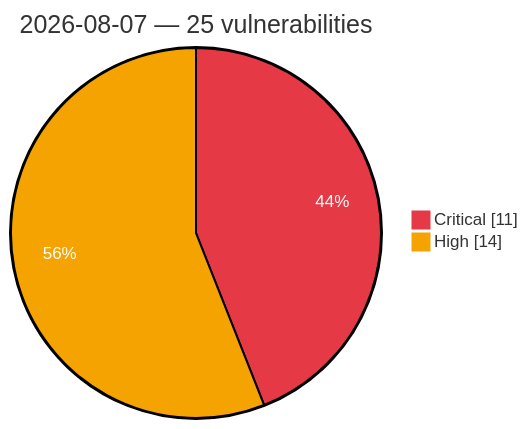
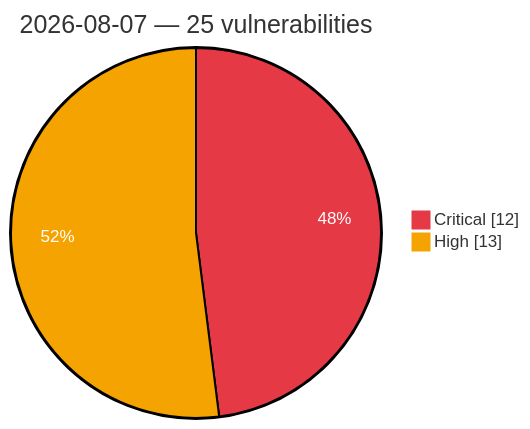
Before and after one commit to GhostX0X/vuln-tracker: the diagram in vulnerabilities/2026-08-07.md, drawn with Mermaid. The commit also changed other lines of this file and 1 other file, not shown here.

Commit message:
Auto update: critical/high vulns (2026-08-07 20:21 UTC)

````diff
--- a/vulnerabilities/2026-08-07.md
+++ b/vulnerabilities/2026-08-07.md
@@ -3,7 +3,7 @@
 ```mermaid
 %%{init: {'theme':'base', 'themeVariables': {'pie1':'#e63946', 'pie2':'#f4a300', 'pieOpacity':'1', 'pieOuterStrokeWidth':'2px', 'pieSectionTextColor':'#ffffff'}}}%%
 pie showData
     title 2026-08-07 — 25 vulnerabilities
-    "Critical" : 11
-    "High" : 14
+    "Critical" : 12
+    "High" : 13
 ```
````
